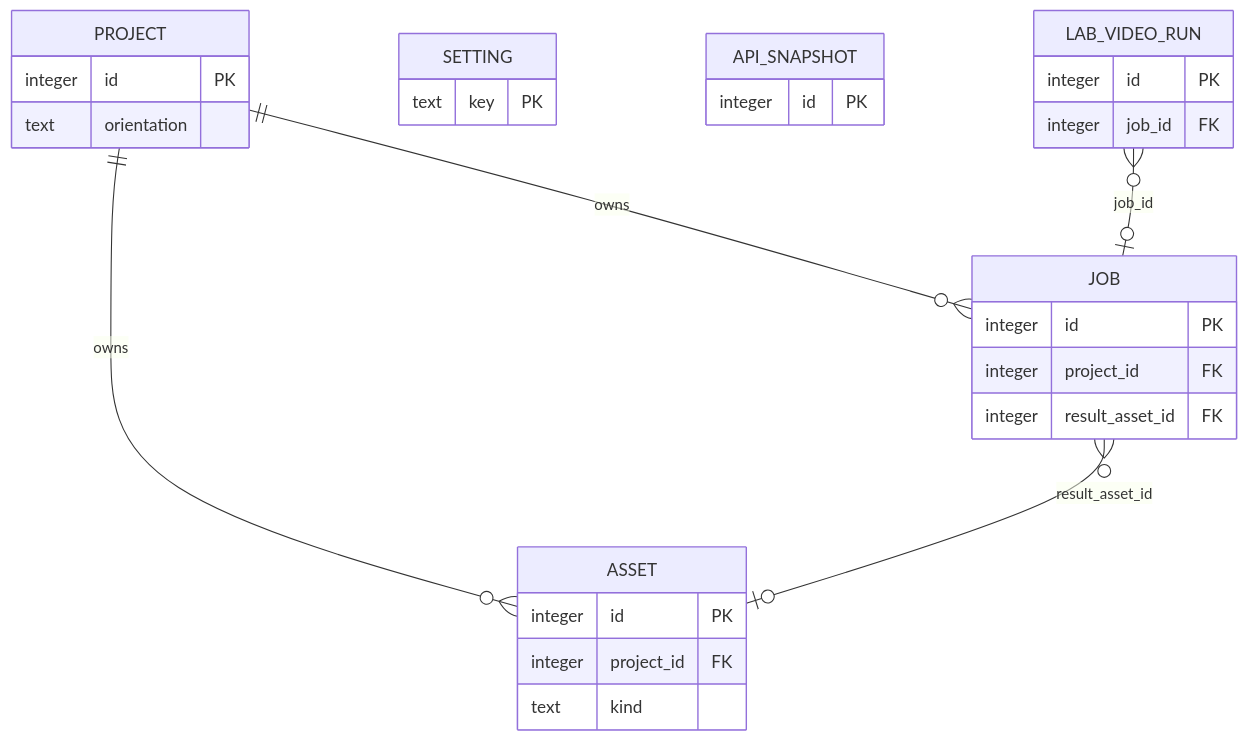
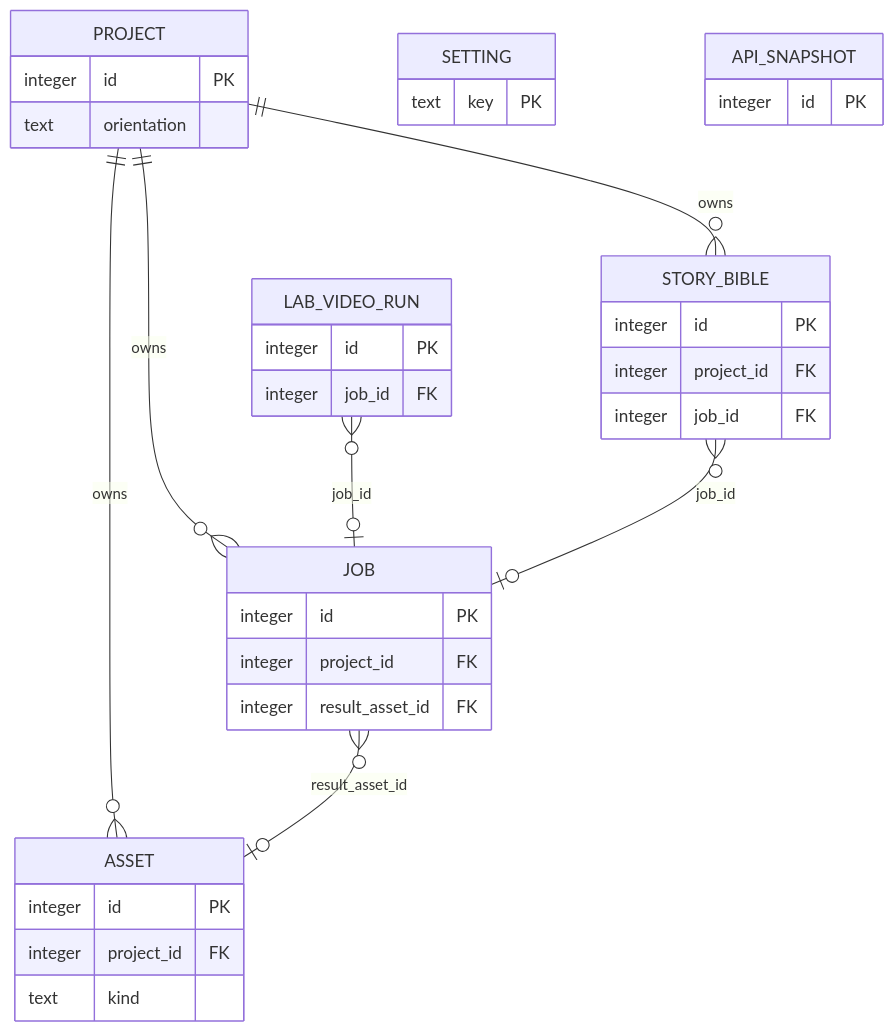
Before and after one commit to Joshi004/VisionStudio: the diagram in DATABASE_STRUCTURE.md, drawn with Mermaid. The commit also changed other lines of this file and 21 other files, not shown here.

First line of the commit message:
Implement Story Bible stage and update related documentation

````diff
--- a/DATABASE_STRUCTURE.md
+++ b/DATABASE_STRUCTURE.md
@@ -123,32 +125,39 @@
 ```mermaid
 erDiagram
     PROJECT {
         integer id PK
         text orientation
     }
     ASSET {
         integer id PK
         integer project_id FK
         text kind
     }
     JOB {
         integer id PK
         integer project_id FK
         integer result_asset_id FK
     }
     SETTING {
         text key PK
     }
     API_SNAPSHOT {
         integer id PK
     }
     LAB_VIDEO_RUN {
         integer id PK
         integer job_id FK
     }
+    STORY_BIBLE {
+        integer id PK
+        integer project_id FK
+        integer job_id FK
+    }
 
     PROJECT ||--o{ ASSET         : "owns"
     PROJECT ||--o{ JOB           : "owns"
+    PROJECT ||--o{ STORY_BIBLE   : "owns"
     JOB     }o--o| ASSET         : "result_asset_id"
     LAB_VIDEO_RUN }o--o| JOB     : "job_id"
+    STORY_BIBLE }o--o| JOB       : "job_id"
 ```
````
